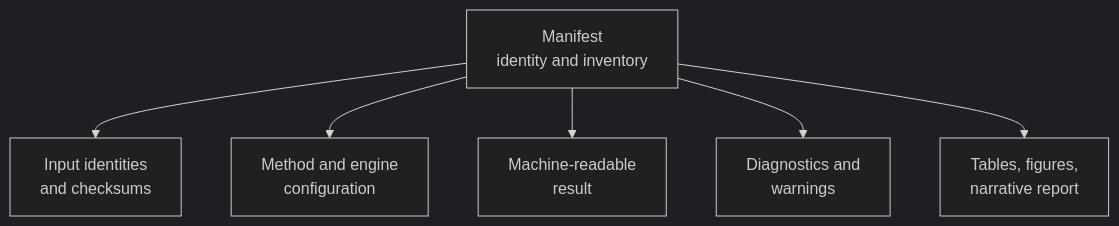
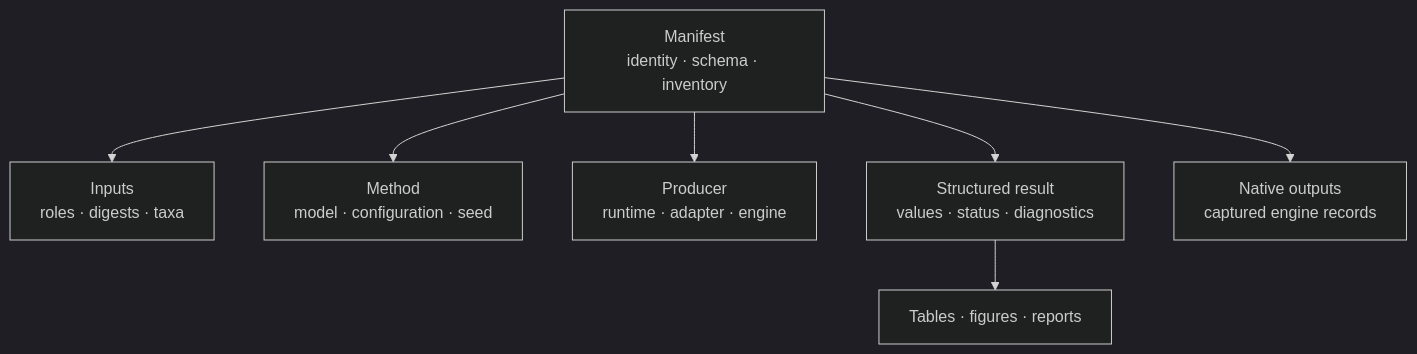
Before and after one commit to bijux/bijux-phylogenetics: the first of 2 diagrams in docs/01-bijux-phylogenetics/interfaces/artifact-contracts.md, drawn with Mermaid (dark theme). The commit also changed other lines of this file and 4 other files, not shown here.

````diff
--- a/docs/01-bijux-phylogenetics/interfaces/artifact-contracts.md
+++ b/docs/01-bijux-phylogenetics/interfaces/artifact-contracts.md
@@ -16,15 +17,17 @@
 ```mermaid
 flowchart TD
-    manifest["Manifest<br/>identity and inventory"]
-    inputs["Input identities<br/>and checksums"]
-    config["Method and engine<br/>configuration"]
-    result["Machine-readable<br/>result"]
-    diagnostics["Diagnostics and<br/>warnings"]
-    presentation["Tables, figures,<br/>narrative report"]
+    manifest["Manifest<br/>identity · schema · inventory"]
+    input["Inputs<br/>roles · digests · taxa"]
+    method["Method<br/>model · configuration · seed"]
+    producer["Producer<br/>runtime · adapter · engine"]
+    result["Structured result<br/>values · status · diagnostics"]
+    native["Native outputs<br/>captured engine records"]
+    view["Tables · figures · reports"]
 
-    manifest --> inputs
-    manifest --> config
+    manifest --> input
+    manifest --> method
+    manifest --> producer
     manifest --> result
-    manifest --> diagnostics
-    manifest --> presentation
+    manifest --> native
+    result --> view
 ```
````
